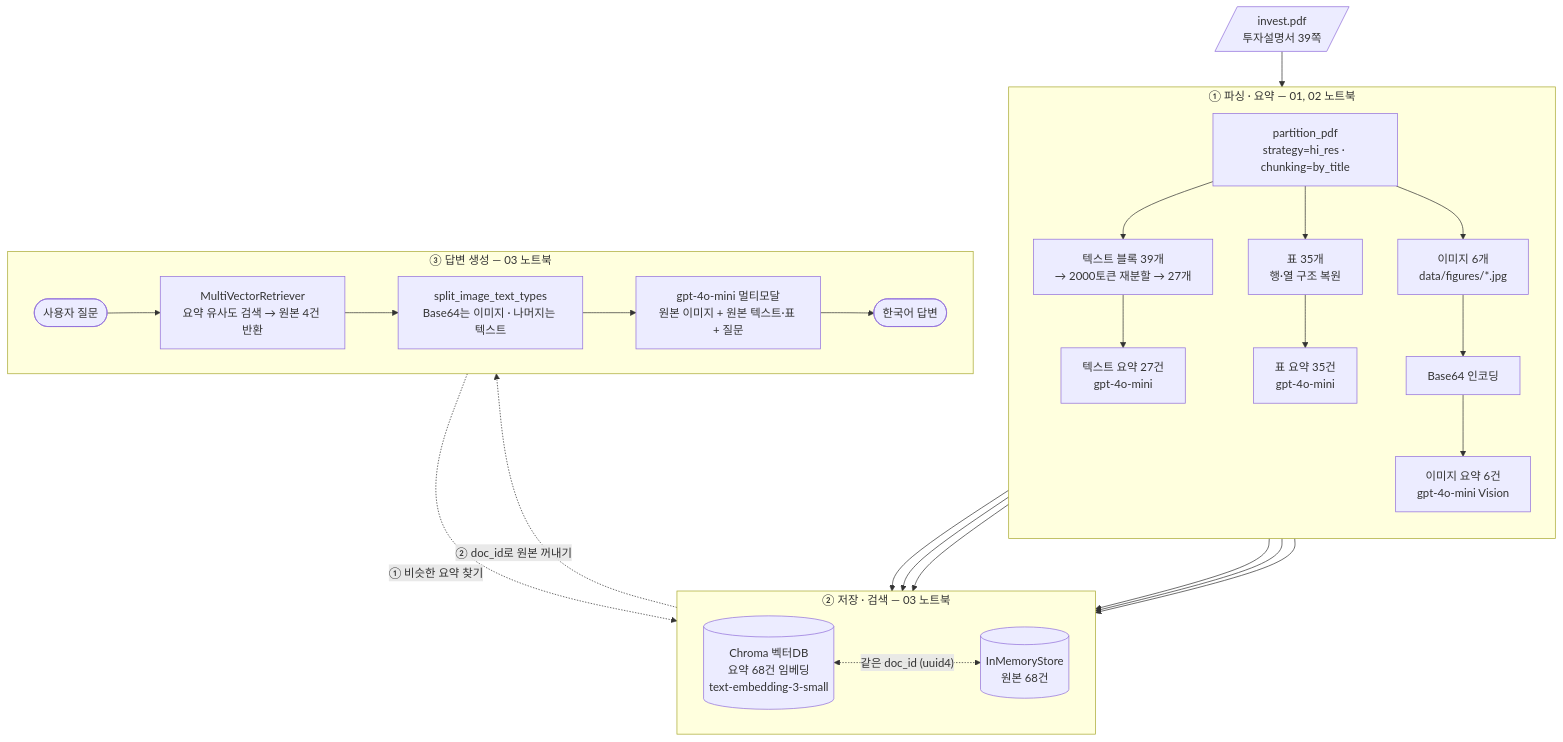
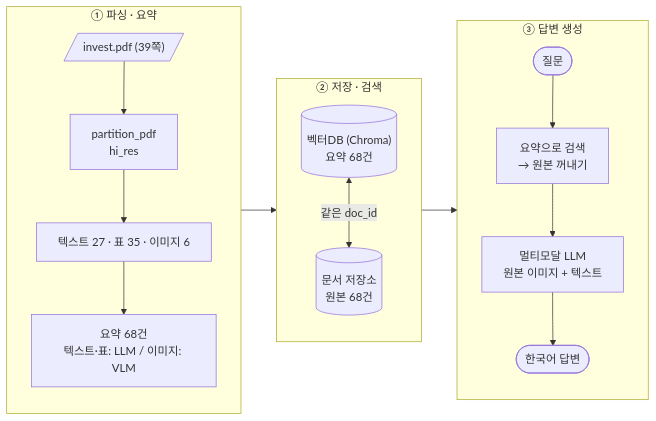
The diagram in README.md (thswogh/multimodal-rag), drawn with Mermaid before and after one commit. The commit also changed other lines of this file, not shown here.

Commit message:
docs: README 아키텍처 다이어그램을 3단계 구조로 단순화
- 노드 17개 → 10개, 교차선·점선 제거
- ① 파싱·요약 → ② 저장·검색 → ③ 답변 생성을 한 줄 흐름으로 정리
- 그림에서 뺀 세부 사항(모델, 분할 수, 검색 건수 등)은 단계별 설명으로 이동

````diff
--- a/README.md
+++ b/README.md
@@ -35,44 +35,25 @@
 ```mermaid
-flowchart TB
-    PDF[/"invest.pdf<br/>투자설명서 39쪽"/]
-
-    subgraph S1["① 파싱 · 요약 — 01, 02 노트북"]
+flowchart LR
+    subgraph S1["① 파싱 · 요약"]
         direction TB
-        P["partition_pdf<br/>strategy=hi_res · chunking=by_title"]
-        TXT["텍스트 블록 39개<br/>→ 2000토큰 재분할 → 27개"]
-        TAB["표 35개<br/>행·열 구조 복원"]
-        IMG["이미지 6개<br/>data/figures/*.jpg"]
-        B64["Base64 인코딩"]
-        STXT["텍스트 요약 27건<br/>gpt-4o-mini"]
-        STAB["표 요약 35건<br/>gpt-4o-mini"]
-        SIMG["이미지 요약 6건<br/>gpt-4o-mini Vision"]
-        P --> TXT & TAB & IMG
-        TXT --> STXT
-        TAB --> STAB
-        IMG --> B64 --> SIMG
+        A[/"invest.pdf (39쪽)"/] --> B["partition_pdf<br/>hi_res"]
+        B --> C["텍스트 27 · 표 35 · 이미지 6"]
+        C --> D["요약 68건<br/>텍스트·표: LLM / 이미지: VLM"]
     end
 
-    subgraph S2["② 저장 · 검색 — 03 노트북"]
-        direction LR
-        VS[("Chroma 벡터DB<br/>요약 68건 임베딩<br/>text-embedding-3-small")]
-        DS[("InMemoryStore<br/>원본 68건")]
-        VS <-.->|"같은 doc_id (uuid4)"| DS
+    subgraph S2["② 저장 · 검색"]
+        direction TB
+        E[("벡터DB (Chroma)<br/>요약 68건")]
+        F[("문서 저장소<br/>원본 68건")]
+        E <-->|"같은 doc_id"| F
     end
 
-    subgraph S3["③ 답변 생성 — 03 노트북"]
-        direction LR
-        Q(["사용자 질문"])
-        R["MultiVectorRetriever<br/>요약 유사도 검색 → 원본 4건 반환"]
-        SP["split_image_text_types<br/>Base64는 이미지 · 나머지는 텍스트"]
-        LLM["gpt-4o-mini 멀티모달<br/>원본 이미지 + 원본 텍스트·표 + 질문"]
-        ANS(["한국어 답변"])
-        Q --> R --> SP --> LLM --> ANS
+    subgraph S3["③ 답변 생성"]
+        direction TB
+        G(["질문"]) --> H["요약으로 검색<br/>→ 원본 꺼내기"]
+        H --> I["멀티모달 LLM<br/>원본 이미지 + 텍스트"]
+        I --> J(["한국어 답변"])
     end
 
-    PDF --> P
-    STXT & STAB & SIMG --> VS
-    TXT & TAB & B64 --> DS
-    S2 ~~~ S3
-    R -.->|"① 비슷한 요약 찾기"| VS
-    DS -.->|"② doc_id로 원본 꺼내기"| R
+    S1 --> S2 --> S3
 ```
````
